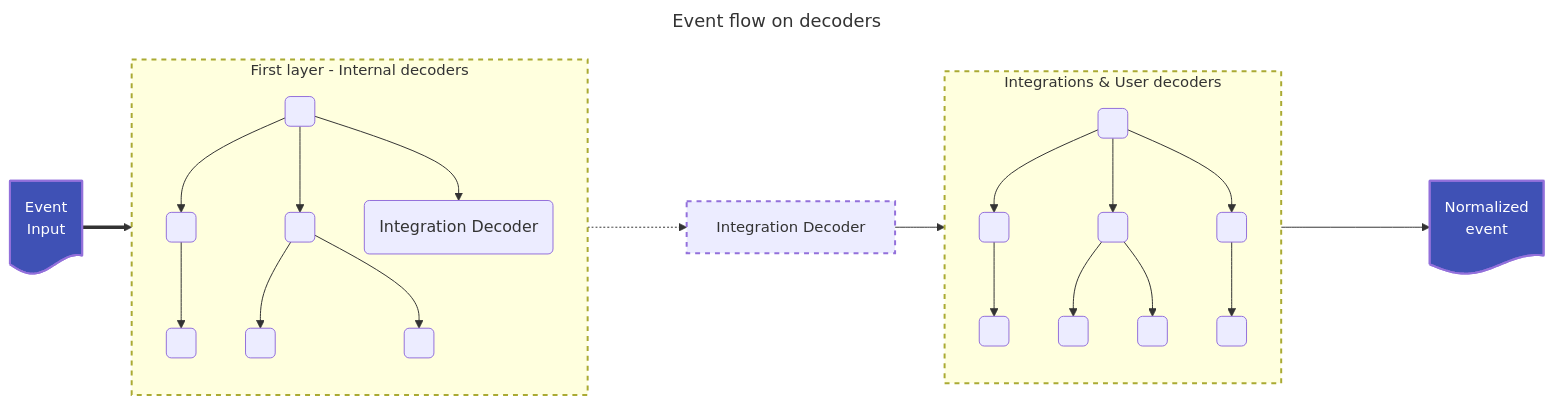
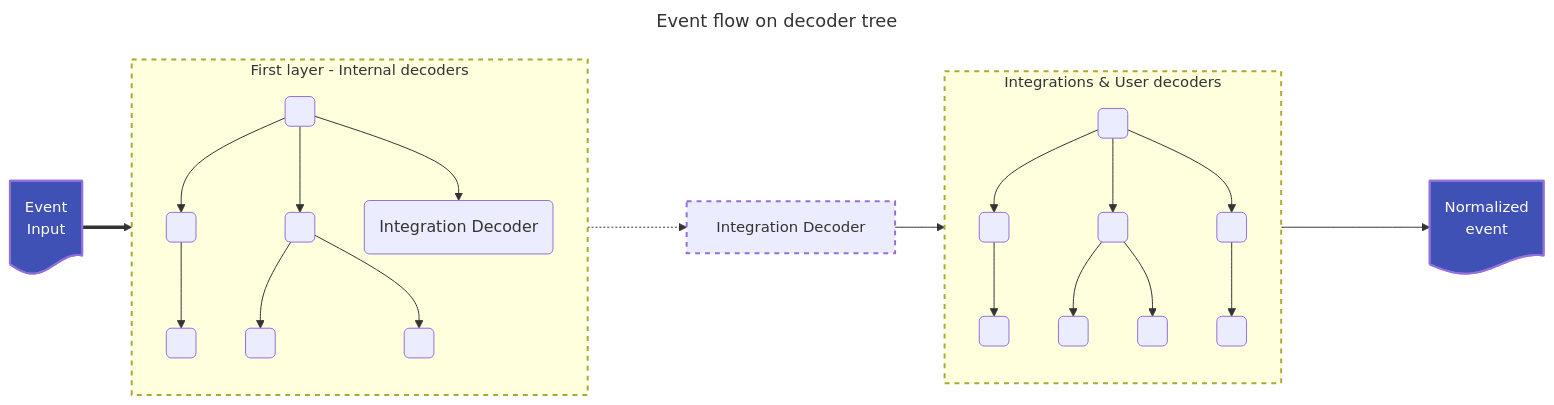
One commit to wazuh/wazuh changed the fourth of 14 diagrams in ref/modules/engine/README.md. Above: the diagram before and after it, drawn with Mermaid. The commit also changed other lines of this file and 1 other file, not shown here.

````diff
--- a/ref/modules/engine/README.md
+++ b/ref/modules/engine/README.md
@@ -319,55 +319,55 @@
 ```mermaid
 ---
-title: Event flow on decoders
+title: Event flow on decoder tree
 ---
 flowchart LR
 
  classDef EventBoxClass font-size: 15px,stroke-width:2px, color:#fff, fill:#3f51b5
  classDef TreeBoxClass font-size: 15px,stroke-width:2px,stroke-dasharray: 5 5
 
  subgraph decoTree["First layer - Internal decoders"]
     direction TB
     deco01(" ")
     deco02(" ")
     deco03(" ")
     deco04("Integration Decoder")
     deco05(" ")
     deco06(" ")
     deco07(" ")
 
     deco01 --> deco02 & deco03 & deco04
     deco02 --> deco05
     deco03 --> deco06 & deco07
   end
 
   deco04 -..-> decoIntegration["Integration Decoder"]:::TreeBoxClass
   eventInput@{shape: doc, label: "Event</br>Input"} ==> decoTree
   decoTree:::TreeBoxClass
 
  subgraph userDecoTree["Integrations & User decoders"]
     direction TB
     userDeco01(" ")
     userDeco02(" ")
     userDeco03(" ")
     userDeco04(" ")
     userDeco05(" ")
     userDeco06(" ")
     userDeco07(" ")
     userDeco08(" ")
 
     userDeco01 --> userDeco02 & userDeco03 & userDeco04
     userDeco02 --> userDeco05
     userDeco03 --> userDeco06 & userDeco07
     userDeco04 --> userDeco08
   end
 
 
 
 %% decoIntegration --> userDecoTree
 decoIntegration --> userDeco01
 userDecoTree ----> eventOutput@{shape: doc, label: "Normalized</br>event"}
 
 userDecoTree:::TreeBoxClass
 eventInput:::EventBoxClass
 eventOutput:::EventBoxClass
 ```
````
